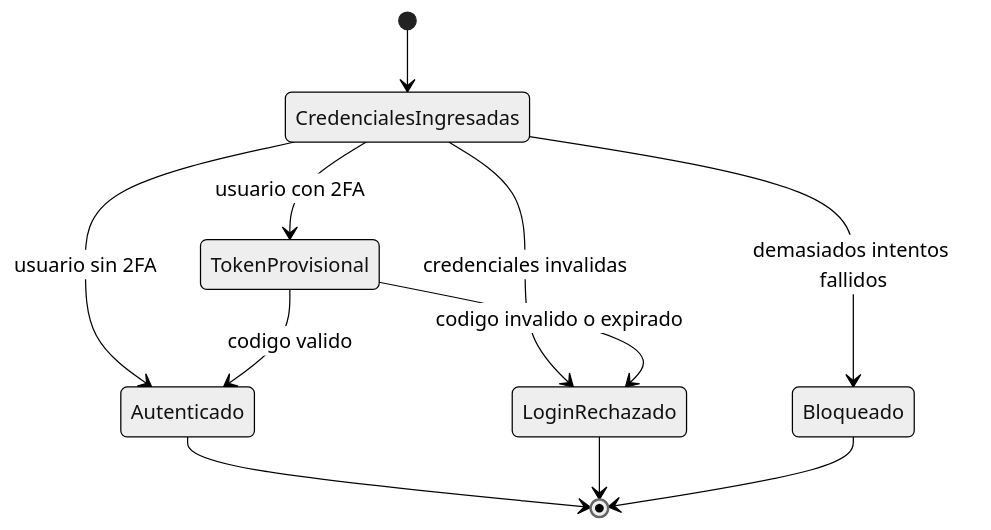
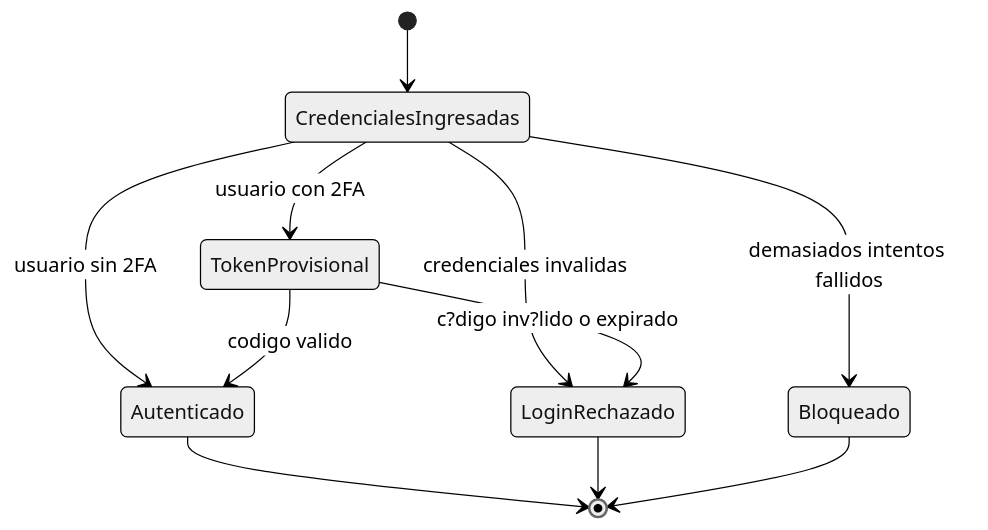
Before and after one commit to DasBrot0/Luistudio: the ninth of 16 diagrams in docs/trabajo/arquitectura-diseno-software.md, drawn with Mermaid (neutral theme). The commit also changed other lines of this file and 33 other files, not shown here.

````diff
--- a/docs/trabajo/arquitectura-diseno-software.md
+++ b/docs/trabajo/arquitectura-diseno-software.md
@@ -588,13 +588,13 @@
 ```mermaid
 stateDiagram-v2
     [*] --> CredencialesIngresadas
     CredencialesIngresadas --> LoginRechazado: credenciales invalidas
     CredencialesIngresadas --> Bloqueado: demasiados intentos fallidos
     CredencialesIngresadas --> Autenticado: usuario sin 2FA
     CredencialesIngresadas --> TokenProvisional: usuario con 2FA
     TokenProvisional --> Autenticado: codigo valido
-    TokenProvisional --> LoginRechazado: codigo invalido o expirado
+    TokenProvisional --> LoginRechazado: c?digo inv?lido o expirado
     Autenticado --> [*]
     LoginRechazado --> [*]
     Bloqueado --> [*]
 ```
````
